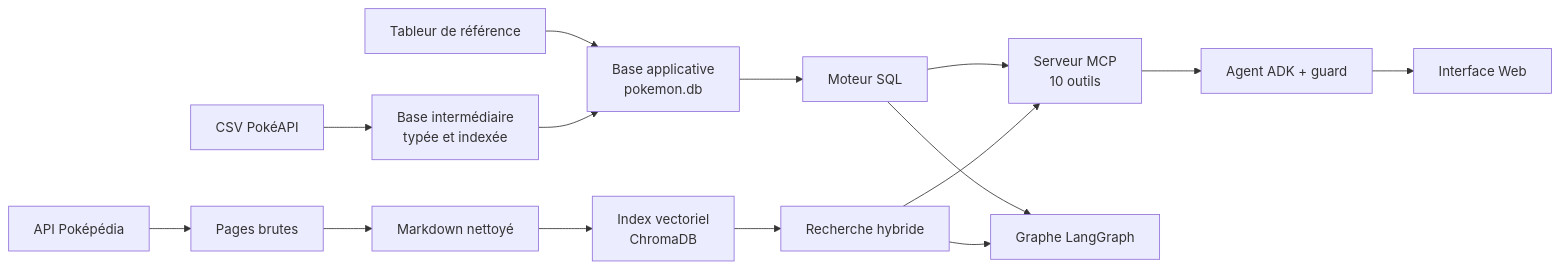
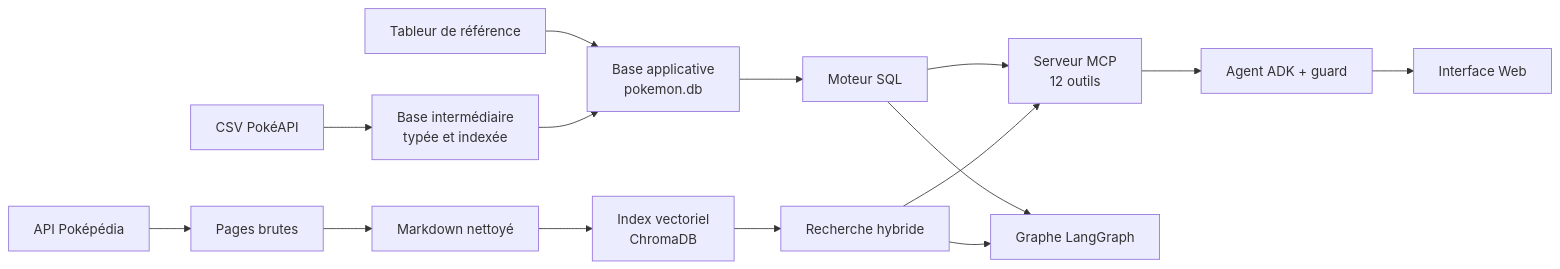
The diagram in README_FR.md (C-H-U-B/pokemon-agent), drawn with Mermaid before and after one commit. The commit also changed other lines of this file and 16 other files, not shown here.

First line of the commit message:
docs: present the main and first-version paths, refresh every figure, and drop unused dependencies

````diff
--- a/README_FR.md
+++ b/README_FR.md
@@ -24,17 +24,17 @@
 ```mermaid
 flowchart LR
     A[CSV PokéAPI] --> B[Base intermédiaire<br/>typée et indexée]
     X[Tableur de référence] --> C
     B --> C[Base applicative<br/>pokemon.db]
     P[API Poképédia] --> Q[Pages brutes]
     Q --> R[Markdown nettoyé]
     R --> S[Index vectoriel<br/>ChromaDB]
     C --> E[Moteur SQL]
     S --> F[Recherche hybride]
-    E --> M[Serveur MCP<br/>10 outils]
+    E --> M[Serveur MCP<br/>12 outils]
     F --> M
     E --> G[Graphe LangGraph]
     F --> G
     M --> H[Agent ADK + guard]
     H --> W[Interface Web]
 ```
````
